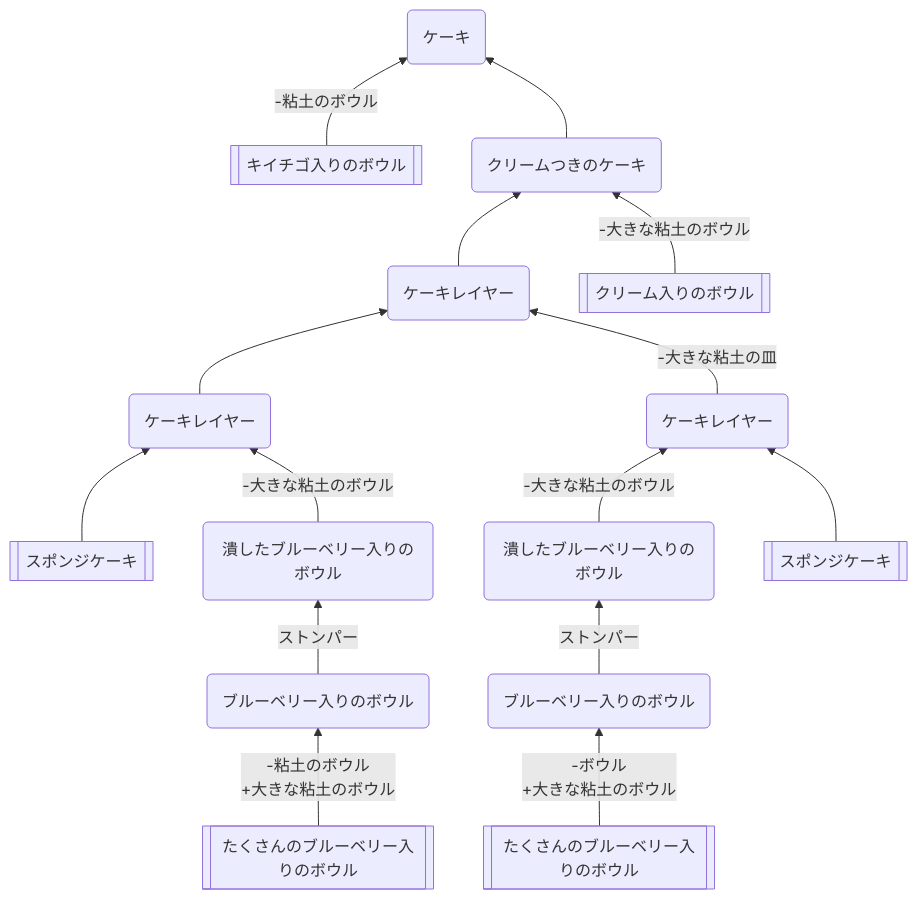
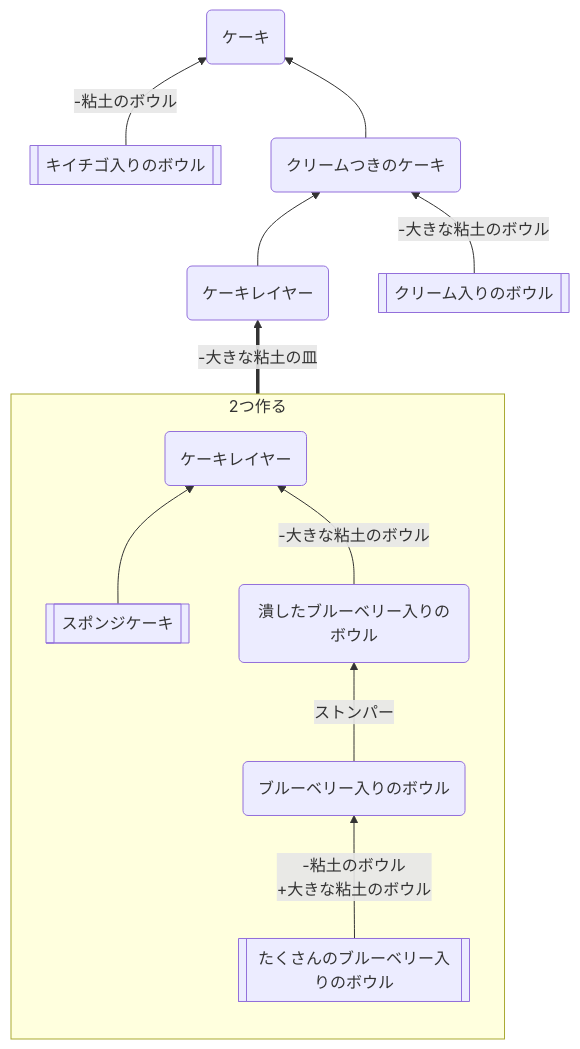
Before and after one commit to aya-0p/yah-craft-recipe: the diagram in Cake.md, drawn with Mermaid.

````diff
--- a/Cake.md
+++ b/Cake.md
@@ -2,26 +2,21 @@
 ```mermaid
 flowchart BT
 cba[[たくさんのブルーベリー入りのボウル]]
-cbb[[たくさんのブルーベリー入りのボウル]]
 
-
+subgraph a [2つ作る]
+direction BT
 cba -->|"-粘土のボウル\n+大きな粘土のボウル"| aci(ブルーベリー入りのボウル)
 aci -->|"ストンパー"| acj(潰したブルーベリー入りのボウル)
 acg[[スポンジケーキ]] --> ack(ケーキレイヤー)
 acj -->|"-大きな粘土のボウル"| ack
+end
 
-cbb -->|"-ボウル\n+大きな粘土のボウル"| bci(ブルーベリー入りのボウル)
-bci -->|"ストンパー"| bcj(潰したブルーベリー入りのボウル)
-bcj -->|"-大きな粘土のボウル"| bck(ケーキレイヤー)
-bcg[[スポンジケーキ]] --> bck
-
-ack --> cca(ケーキレイヤー)
-bck -->|"-大きな粘土の皿"| cca
+a ==>|"-大きな粘土の皿"| cca(ケーキレイヤー)
 
 eba[[キイチゴ入りのボウル]]
 
 cca --> eca(クリームつきのケーキ)
 dcc[[クリーム入りのボウル]] -->|"-大きな粘土のボウル"| eca
 eba -->|"-粘土のボウル"| ecb(ケーキ)
 eca --> ecb
 ```
````
